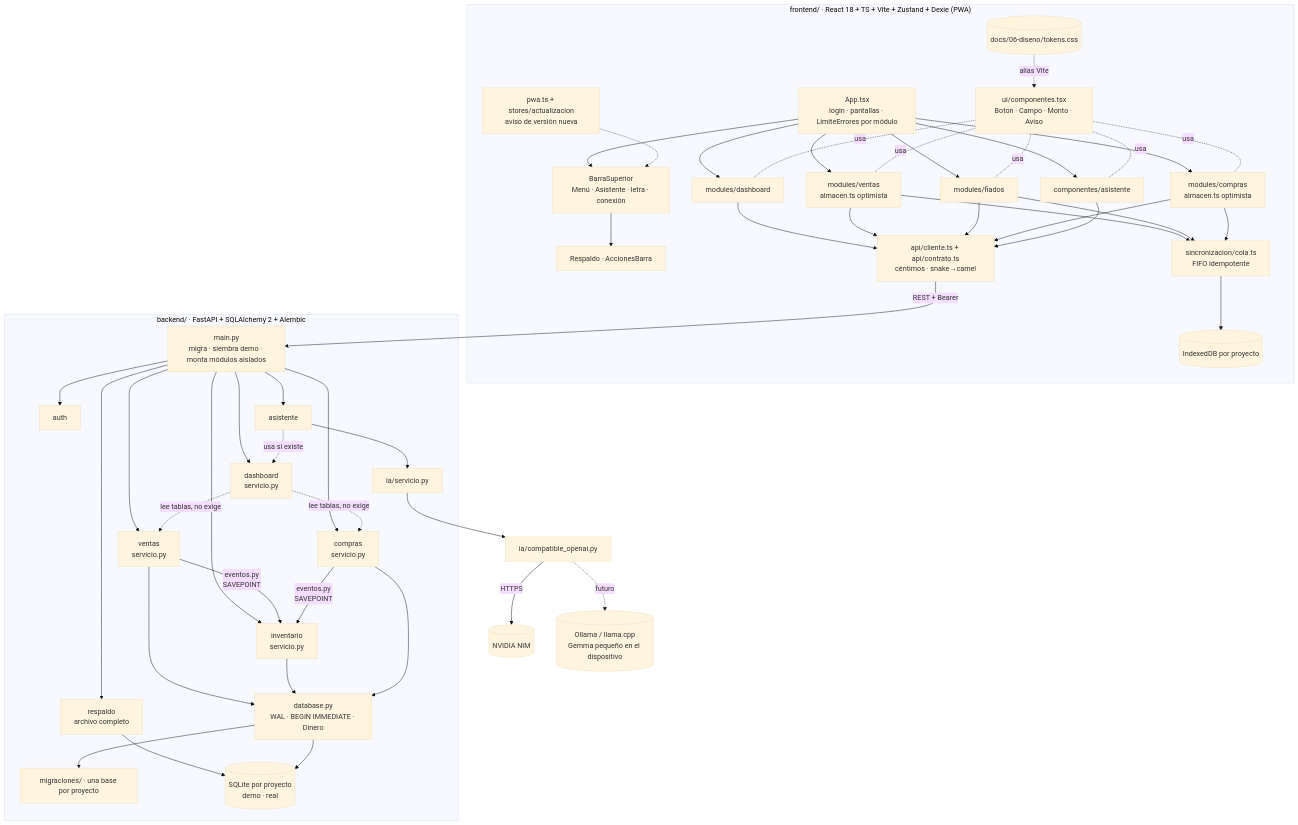
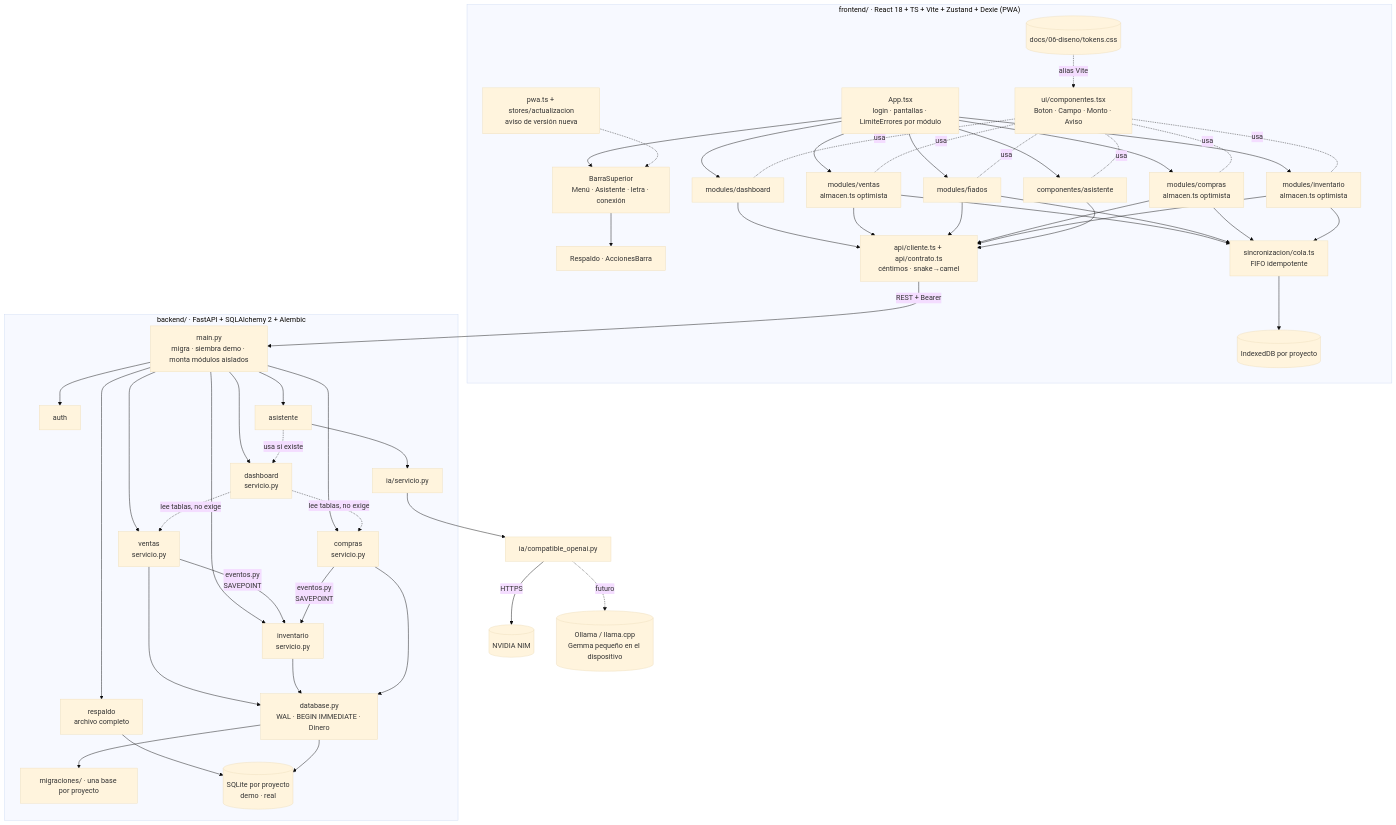
Before and after one commit to JoseFM2808/Mi-puestito: the first of 2 diagrams in .ai-context/02-arquitectura.md, drawn with Mermaid (base theme). The commit also changed other lines of this file and 21 other files, not shown here.

````diff
--- a/.ai-context/02-arquitectura.md
+++ b/.ai-context/02-arquitectura.md
@@ -19,41 +19,42 @@
 ```mermaid
 flowchart TB
     subgraph FE["frontend/ · React 18 + TS + Vite + Zustand + Dexie (PWA)"]
         App[App.tsx<br/>login · pantallas · LimiteErrores por módulo] --> Barra[BarraSuperior<br/>Menú · Asistente · letra · conexión]
         App --> Caja[modules/dashboard]
         App --> Ven[modules/ventas<br/>almacen.ts optimista]
         App --> Fia[modules/fiados]
         App --> Com[modules/compras<br/>almacen.ts optimista]
+        App --> Inv[modules/inventario<br/>almacen.ts optimista]
         App --> Asis[componentes/asistente]
         Barra --> Res[Respaldo · AccionesBarra]
         Pwa[pwa.ts + stores/actualizacion<br/>aviso de versión nueva] -.-> Barra
-        Ven & Fia & Com --> Cola[sincronizacion/cola.ts<br/>FIFO idempotente]
+        Ven & Fia & Com & Inv --> Cola[sincronizacion/cola.ts<br/>FIFO idempotente]
         Cola --> IDB[(IndexedDB por proyecto)]
-        Caja & Ven & Fia & Com & Asis --> Api[api/cliente.ts + api/contrato.ts<br/>céntimos · snake→camel]
-        UI[ui/componentes.tsx<br/>Boton · Campo · Monto · Aviso] -.usa.- Caja & Ven & Fia & Com & Asis
+        Caja & Ven & Fia & Com & Inv & Asis --> Api[api/cliente.ts + api/contrato.ts<br/>céntimos · snake→camel]
+        UI[ui/componentes.tsx<br/>Boton · Campo · Monto · Aviso] -.usa.- Caja & Ven & Fia & Com & Inv & Asis
         Tokens[(docs/06-diseno/tokens.css)] -.alias Vite.-> UI
     end
 
     subgraph BE["backend/ · FastAPI + SQLAlchemy 2 + Alembic"]
         Main[main.py<br/>migra · siembra demo · monta módulos aislados] --> MAuth[auth]
         Main --> MDash[dashboard<br/>servicio.py]
         Main --> MVen[ventas<br/>servicio.py]
         Main --> MCom[compras<br/>servicio.py]
         Main --> MInv[inventario<br/>servicio.py]
         Main --> MAsi[asistente]
         Main --> MRes[respaldo<br/>archivo completo]
         MVen & MCom -- eventos.py<br/>SAVEPOINT --> MInv
         MDash -. lee tablas, no exige .-> MVen & MCom
         MAsi -. usa si existe .-> MDash
         MAsi --> IA[ia/servicio.py]
         MVen & MInv & MCom --> DB[database.py<br/>WAL · BEGIN IMMEDIATE · Dinero]
         DB --> Mig[migraciones/ · una base por proyecto]
         MRes --> SQL
     end
 
     Api -- REST + Bearer --> Main
     IA --> Prov[ia/compatible_openai.py]
     Prov -- HTTPS --> NIM[(NVIDIA NIM)]
     Prov -. futuro .-> Local[(Ollama / llama.cpp<br/>Gemma pequeño en el dispositivo)]
     DB --> SQL[(SQLite por proyecto<br/>demo · real)]
 ```
````
